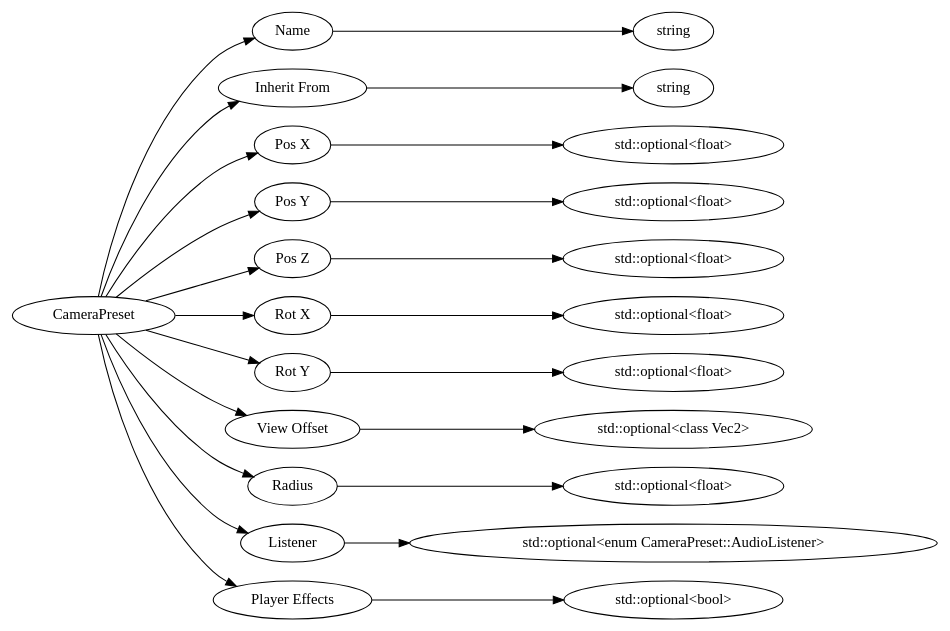
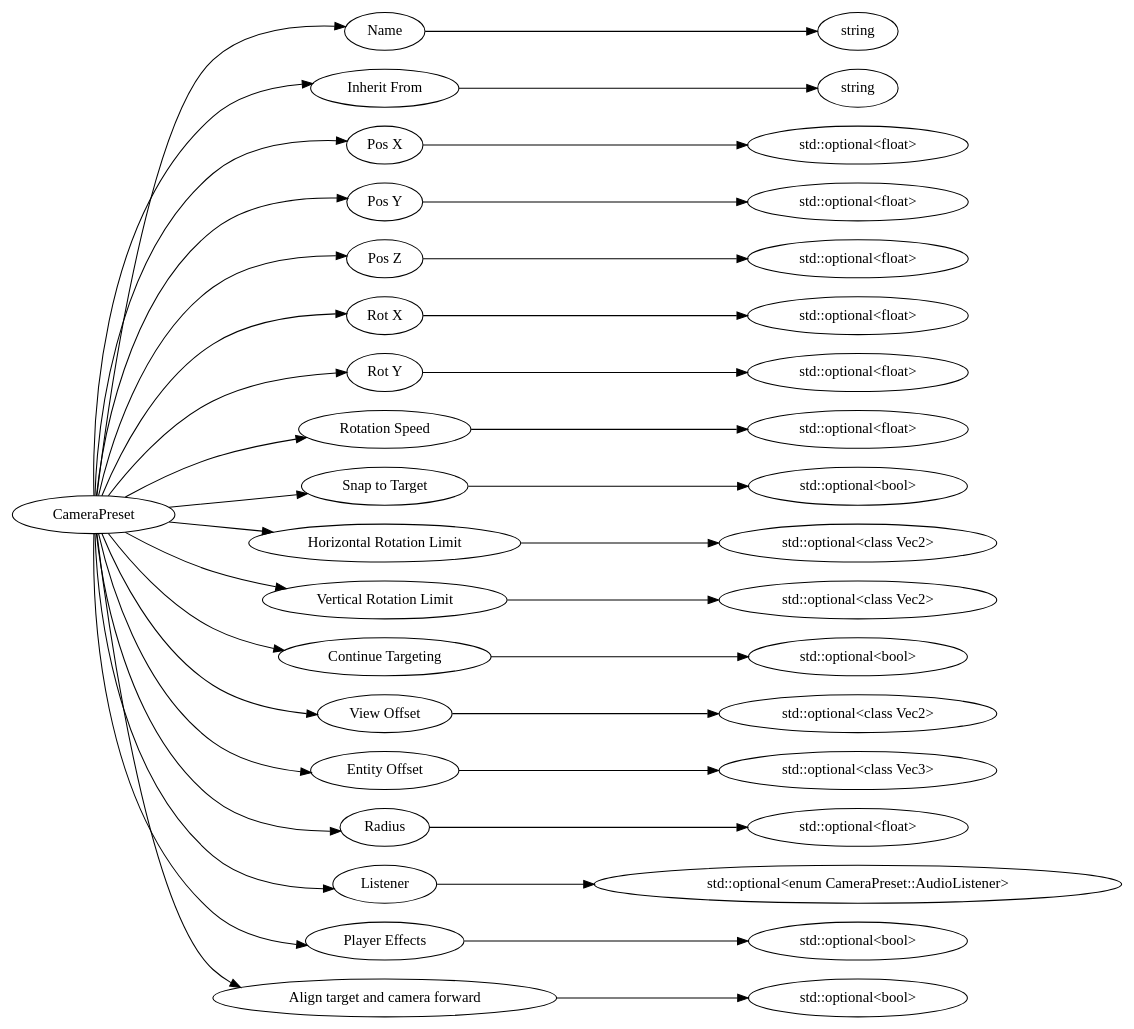
Before and after one commit to Mojang/bedrock-protocol-docs: the diagram in dot/CameraPreset.dot, drawn with Graphviz. The commit also changed 118 other files, not shown here.

```diff
--- a/dot/CameraPreset.dot
+++ b/dot/CameraPreset.dot
@@ -1,52 +1,80 @@
 digraph "CameraPreset" {
 rankdir = LR
 8
 8 -> 9
 9 -> 10
 8 -> 11
 11 -> 12
 8 -> 13
 13 -> 17
 8 -> 18
 18 -> 19
 8 -> 20
 20 -> 21
 8 -> 22
 22 -> 23
 8 -> 24
 24 -> 25
 8 -> 26
-26 -> 30
-8 -> 31
-31 -> 32
+26 -> 27
+8 -> 28
+28 -> 32
 8 -> 33
 33 -> 37
 8 -> 38
-38 -> 42
+38 -> 39
+8 -> 40
+40 -> 41
+8 -> 42
+42 -> 43
+8 -> 44
+44 -> 48
+8 -> 49
+49 -> 50
+8 -> 51
+51 -> 55
+8 -> 56
+56 -> 57
+8 -> 58
+58 -> 59
 
 8 [label="CameraPreset",comment="name: \"CameraPreset\", typeName: \"\", id: 8, branchId: 0, recurseId: -1, attributes: 0, notes: \"\""];
 9 [label="Name",comment="name: \"Name\", typeName: \"\", id: 9, branchId: 0, recurseId: -1, attributes: 0, notes: \"\""];
 10 [label="string",comment="name: \"string\", typeName: \"\", id: 10, branchId: 0, recurseId: -1, attributes: 512, notes: \"\""];
 11 [label="Inherit From",comment="name: \"Inherit From\", typeName: \"\", id: 11, branchId: 0, recurseId: -1, attributes: 0, notes: \"\""];
 12 [label="string",comment="name: \"string\", typeName: \"\", id: 12, branchId: 0, recurseId: -1, attributes: 512, notes: \"\""];
 13 [label="Pos X",comment="name: \"Pos X\", typeName: \"std::optional<float>\", id: 13, branchId: 0, recurseId: -1, attributes: 256, notes: \"\""];
 17 [label="std::optional<float>",comment="name: \"std::optional<float>\", typeName: \"\", id: 17, branchId: 0, recurseId: -1, attributes: 512, notes: \"\""];
 18 [label="Pos Y",comment="name: \"Pos Y\", typeName: \"std::optional<float>\", id: 18, branchId: 0, recurseId: -1, attributes: 256, notes: \"\""];
 19 [label="std::optional<float>",comment="name: \"std::optional<float>\", typeName: \"\", id: 19, branchId: 0, recurseId: -1, attributes: 512, notes: \"\""];
 20 [label="Pos Z",comment="name: \"Pos Z\", typeName: \"std::optional<float>\", id: 20, branchId: 0, recurseId: -1, attributes: 256, notes: \"\""];
 21 [label="std::optional<float>",comment="name: \"std::optional<float>\", typeName: \"\", id: 21, branchId: 0, recurseId: -1, attributes: 512, notes: \"\""];
 22 [label="Rot X",comment="name: \"Rot X\", typeName: \"std::optional<float>\", id: 22, branchId: 0, recurseId: -1, attributes: 256, notes: \"\""];
 23 [label="std::optional<float>",comment="name: \"std::optional<float>\", typeName: \"\", id: 23, branchId: 0, recurseId: -1, attributes: 512, notes: \"\""];
 24 [label="Rot Y",comment="name: \"Rot Y\", typeName: \"std::optional<float>\", id: 24, branchId: 0, recurseId: -1, attributes: 256, notes: \"\""];
 25 [label="std::optional<float>",comment="name: \"std::optional<float>\", typeName: \"\", id: 25, branchId: 0, recurseId: -1, attributes: 512, notes: \"\""];
-26 [label="View Offset",comment="name: \"View Offset\", typeName: \"std::optional<class Vec2>\", id: 26, branchId: 0, recurseId: -1, attributes: 256, notes: \"\""];
-30 [label="std::optional<class Vec2>",comment="name: \"std::optional<class Vec2>\", typeName: \"\", id: 30, branchId: 0, recurseId: -1, attributes: 512, notes: \"\""];
-31 [label="Radius",comment="name: \"Radius\", typeName: \"std::optional<float>\", id: 31, branchId: 0, recurseId: -1, attributes: 256, notes: \"\""];
-32 [label="std::optional<float>",comment="name: \"std::optional<float>\", typeName: \"\", id: 32, branchId: 0, recurseId: -1, attributes: 512, notes: \"\""];
-33 [label="Listener",comment="name: \"Listener\", typeName: \"std::optional<enum CameraPreset::AudioListener>\", id: 33, branchId: 0, recurseId: -1, attributes: 256, notes: \"\""];
-37 [label="std::optional<enum CameraPreset::AudioListener>",comment="name: \"std::optional<enum CameraPreset::AudioListener>\", typeName: \"\", id: 37, branchId: 0, recurseId: -1, attributes: 512, notes: \"\""];
-38 [label="Player Effects",comment="name: \"Player Effects\", typeName: \"std::optional<bool>\", id: 38, branchId: 0, recurseId: -1, attributes: 256, notes: \"\""];
-42 [label="std::optional<bool>",comment="name: \"std::optional<bool>\", typeName: \"\", id: 42, branchId: 0, recurseId: -1, attributes: 512, notes: \"\""];
-{ rank = max;10;12;17;19;21;23;25;30;32;37;42}
+26 [label="Rotation Speed",comment="name: \"Rotation Speed\", typeName: \"std::optional<float>\", id: 26, branchId: 0, recurseId: -1, attributes: 256, notes: \"\""];
+27 [label="std::optional<float>",comment="name: \"std::optional<float>\", typeName: \"\", id: 27, branchId: 0, recurseId: -1, attributes: 512, notes: \"\""];
+28 [label="Snap to Target",comment="name: \"Snap to Target\", typeName: \"std::optional<bool>\", id: 28, branchId: 0, recurseId: -1, attributes: 256, notes: \"\""];
+32 [label="std::optional<bool>",comment="name: \"std::optional<bool>\", typeName: \"\", id: 32, branchId: 0, recurseId: -1, attributes: 512, notes: \"\""];
+33 [label="Horizontal Rotation Limit",comment="name: \"Horizontal Rotation Limit\", typeName: \"std::optional<class Vec2>\", id: 33, branchId: 0, recurseId: -1, attributes: 256, notes: \"\""];
+37 [label="std::optional<class Vec2>",comment="name: \"std::optional<class Vec2>\", typeName: \"\", id: 37, branchId: 0, recurseId: -1, attributes: 512, notes: \"\""];
+38 [label="Vertical Rotation Limit",comment="name: \"Vertical Rotation Limit\", typeName: \"std::optional<class Vec2>\", id: 38, branchId: 0, recurseId: -1, attributes: 256, notes: \"\""];
+39 [label="std::optional<class Vec2>",comment="name: \"std::optional<class Vec2>\", typeName: \"\", id: 39, branchId: 0, recurseId: -1, attributes: 512, notes: \"\""];
+40 [label="Continue Targeting",comment="name: \"Continue Targeting\", typeName: \"std::optional<bool>\", id: 40, branchId: 0, recurseId: -1, attributes: 256, notes: \"\""];
+41 [label="std::optional<bool>",comment="name: \"std::optional<bool>\", typeName: \"\", id: 41, branchId: 0, recurseId: -1, attributes: 512, notes: \"\""];
+42 [label="View Offset",comment="name: \"View Offset\", typeName: \"std::optional<class Vec2>\", id: 42, branchId: 0, recurseId: -1, attributes: 256, notes: \"\""];
+43 [label="std::optional<class Vec2>",comment="name: \"std::optional<class Vec2>\", typeName: \"\", id: 43, branchId: 0, recurseId: -1, attributes: 512, notes: \"\""];
+44 [label="Entity Offset",comment="name: \"Entity Offset\", typeName: \"std::optional<class Vec3>\", id: 44, branchId: 0, recurseId: -1, attributes: 256, notes: \"Changing the camera's pivot point from the center of the entity\""];
+48 [label="std::optional<class Vec3>",comment="name: \"std::optional<class Vec3>\", typeName: \"\", id: 48, branchId: 0, recurseId: -1, attributes: 512, notes: \"\""];
+49 [label="Radius",comment="name: \"Radius\", typeName: \"std::optional<float>\", id: 49, branchId: 0, recurseId: -1, attributes: 256, notes: \"\""];
+50 [label="std::optional<float>",comment="name: \"std::optional<float>\", typeName: \"\", id: 50, branchId: 0, recurseId: -1, attributes: 512, notes: \"\""];
+51 [label="Listener",comment="name: \"Listener\", typeName: \"std::optional<enum CameraPreset::AudioListener>\", id: 51, branchId: 0, recurseId: -1, attributes: 256, notes: \"\""];
+55 [label="std::optional<enum CameraPreset::AudioListener>",comment="name: \"std::optional<enum CameraPreset::AudioListener>\", typeName: \"\", id: 55, branchId: 0, recurseId: -1, attributes: 512, notes: \"\""];
+56 [label="Player Effects",comment="name: \"Player Effects\", typeName: \"std::optional<bool>\", id: 56, branchId: 0, recurseId: -1, attributes: 256, notes: \"\""];
+57 [label="std::optional<bool>",comment="name: \"std::optional<bool>\", typeName: \"\", id: 57, branchId: 0, recurseId: -1, attributes: 512, notes: \"\""];
+58 [label="Align target and camera forward",comment="name: \"Align target and camera forward\", typeName: \"std::optional<bool>\", id: 58, branchId: 0, recurseId: -1, attributes: 256, notes: \"\""];
+59 [label="std::optional<bool>",comment="name: \"std::optional<bool>\", typeName: \"\", id: 59, branchId: 0, recurseId: -1, attributes: 512, notes: \"\""];
+{ rank = max;10;12;17;19;21;23;25;27;32;37;39;41;43;48;50;55;57;59}
 
 }
```
